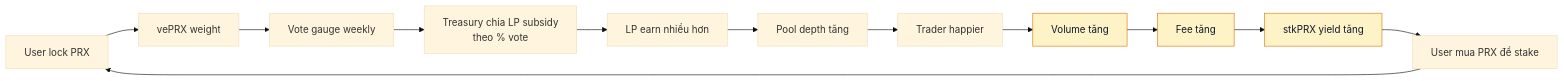
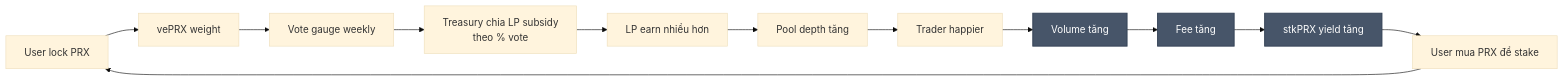
The second of 3 diagrams in vi_v6/kinh-te/veprx-gauge.md (PrediX-Protocol/predix-docs), drawn with Mermaid (base theme) before and after one commit. The commit also changed other lines of this file and 32 other files, not shown here.

First line of the commit message:
docs(vi_v6): redesign Mermaid theme — solid mid-tone palette + dark theme

````diff
--- a/vi_v6/kinh-te/veprx-gauge.md
+++ b/vi_v6/kinh-te/veprx-gauge.md
@@ -58,17 +59,17 @@
 ```mermaid
 flowchart LR
     Lock[User lock PRX] --> VePRX[vePRX weight]
     VePRX --> Vote[Vote gauge weekly]
     Vote --> Subsidy[Treasury chia LP subsidy<br/>theo % vote]
     Subsidy --> LP[LP earn nhiều hơn]
     LP --> Depth[Pool depth tăng]
     Depth --> Trader[Trader happier]
     Trader --> Volume[Volume tăng]
     Volume --> Fee[Fee tăng]
     Fee --> Yield[stkPRX yield tăng]
     Yield --> Demand[User mua PRX để stake]
     Demand --> Lock
 
-    classDef hot fill:#fef3c7,stroke:#d97706,color:#0f172a
+    classDef hot fill:#475569,stroke:#334155,color:#fff,stroke-width:1.5px
     class Volume,Fee,Yield hot
 ```
````
